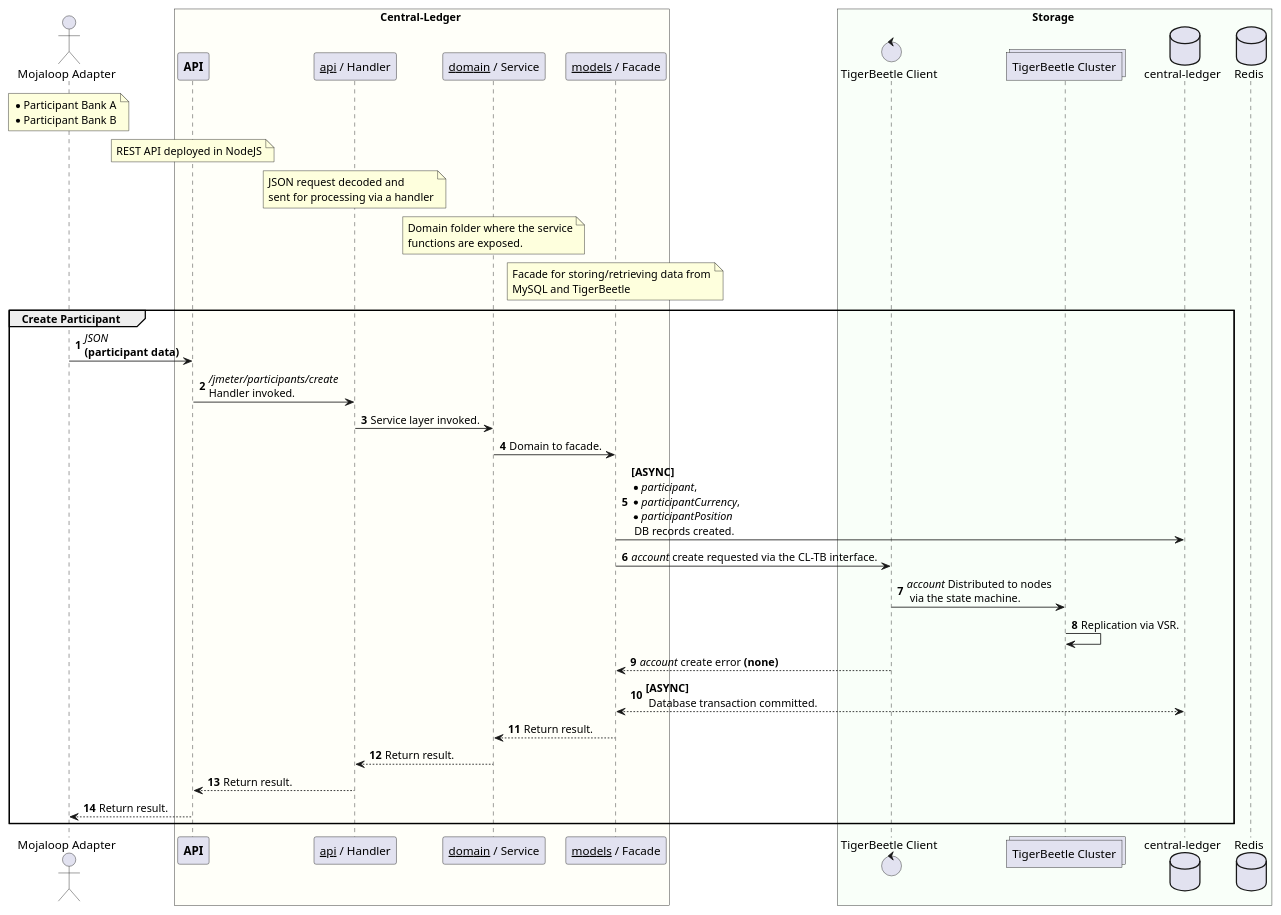
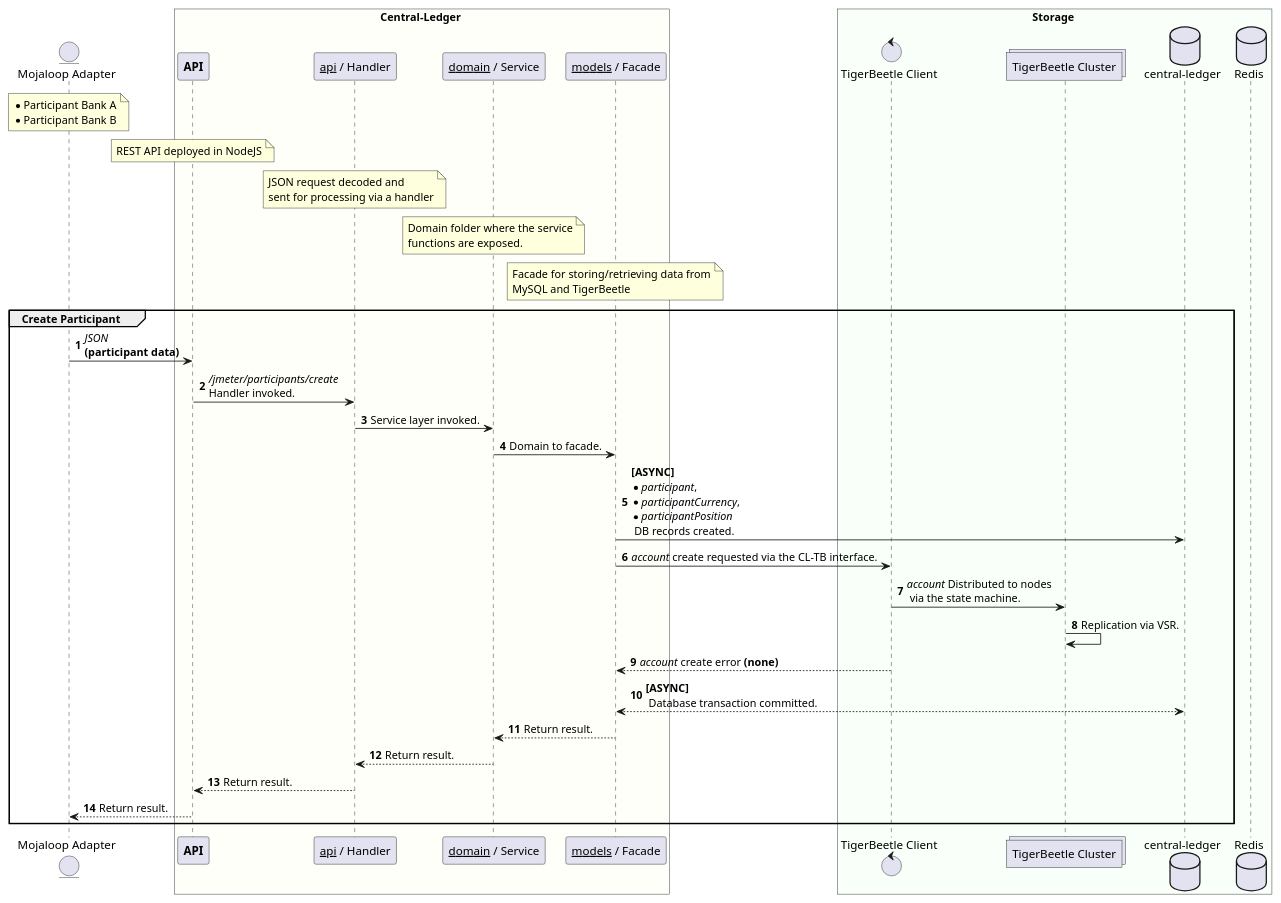
Before and after one commit to coilhq/mucoa: the diagram in solution_design/sequence-participant-tb-enabled-create.puml, drawn with PlantUML. The commit also changed 4 other files, not shown here.

Commit message:
Updated design to separate the diagrams.

```diff
--- a/solution_design/sequence-participant-tb-enabled-create.puml
+++ b/solution_design/sequence-participant-tb-enabled-create.puml
@@ -1,60 +1,60 @@
 @startuml
 
-actor "Mojaloop Adapter" as dfsp
+entity "Mojaloop Adapter" as dfsp
 note over dfsp
     * Participant Bank A
     * Participant Bank B
 end note
 
 box Central-Ledger #FFFFF9
     participant "**API**" as cl_api
     participant "__api__ / Handler" as cl_handler
     participant "__domain__ / Service" as cl_domain
     participant "__models__ / Facade" as cl_facade
 
     note over cl_api
         REST API deployed in NodeJS
     end note
 
     note over cl_handler
         JSON request decoded and
         sent for processing via a handler
     end note
 
     note over cl_domain
         Domain folder where the service
         functions are exposed.
     end note
 
     note over cl_facade
         Facade for storing/retrieving data from
         MySQL and TigerBeetle
     end note
 end box
 
 box Storage #F9FFF9
 	control "TigerBeetle Client" as tb_client
 	collections "TigerBeetle Cluster" as tb_nodes
 	database "central-ledger" as cl_db
 	database "Redis" as redis_cache
 end box
 
 autonumber
 group Create Participant
     dfsp -> cl_api : //JSON// \n**(participant data)**
     cl_api -> cl_handler : ///jmeter/participants/create// \nHandler invoked.
     cl_handler -> cl_domain : Service layer invoked.
     cl_domain -> cl_facade : Domain to facade.
     cl_facade -> cl_db : **[ASYNC]**\n*//participant//, \n*//participantCurrency//, \n*//participantPosition// \n DB records created.
     cl_facade -> tb_client : //account// create requested via the CL-TB interface.
     tb_client -> tb_nodes : //account// Distributed to nodes\n via the state machine.
     tb_nodes -> tb_nodes : Replication via VSR.
     tb_client --> cl_facade : //account// create error **(none)**
     cl_db <--> cl_facade : **[ASYNC]**\n Database transaction committed.
     cl_facade --> cl_domain : Return result.
     cl_domain --> cl_handler : Return result.
     cl_handler --> cl_api : Return result.
     cl_api --> dfsp : Return result.
 end
 
 @enduml
```
